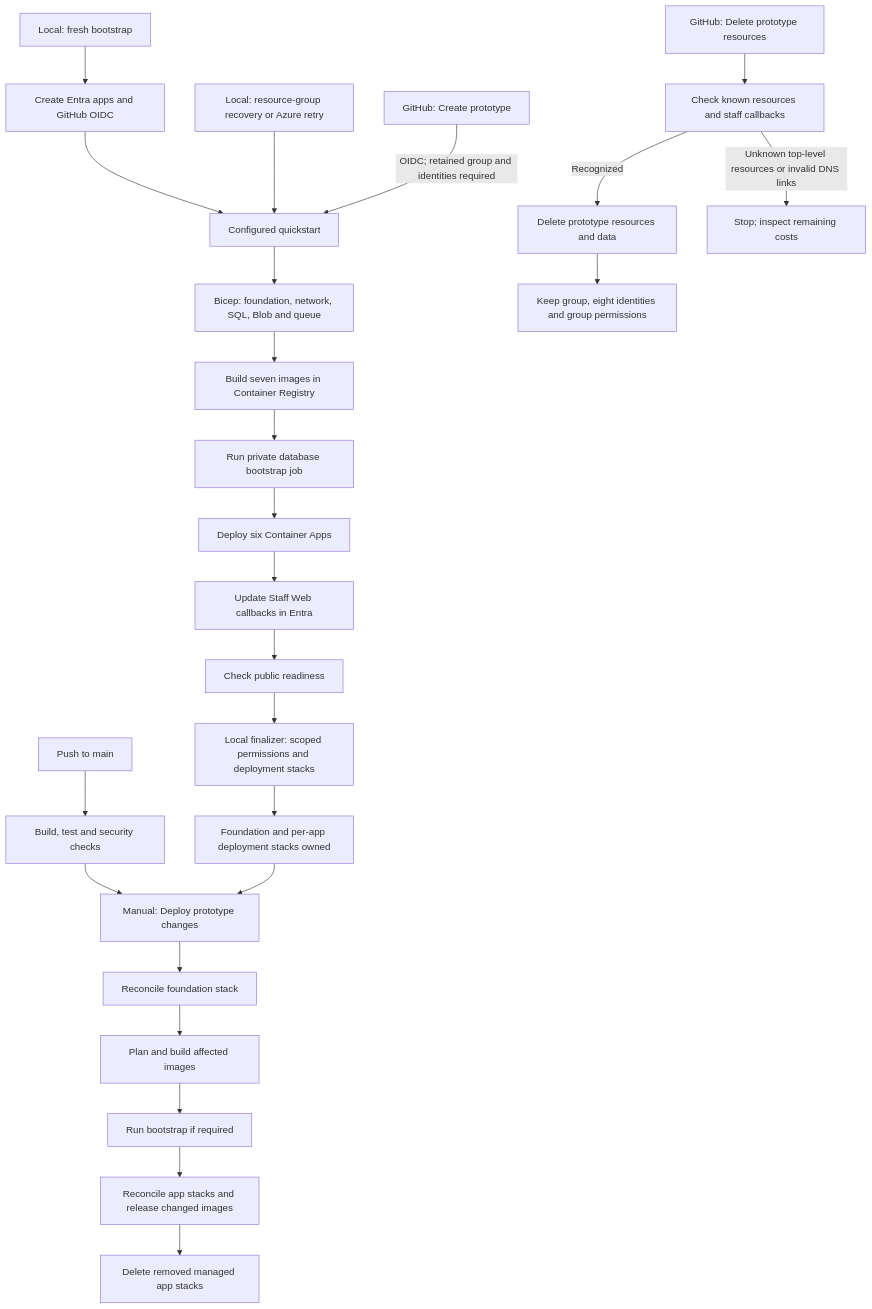
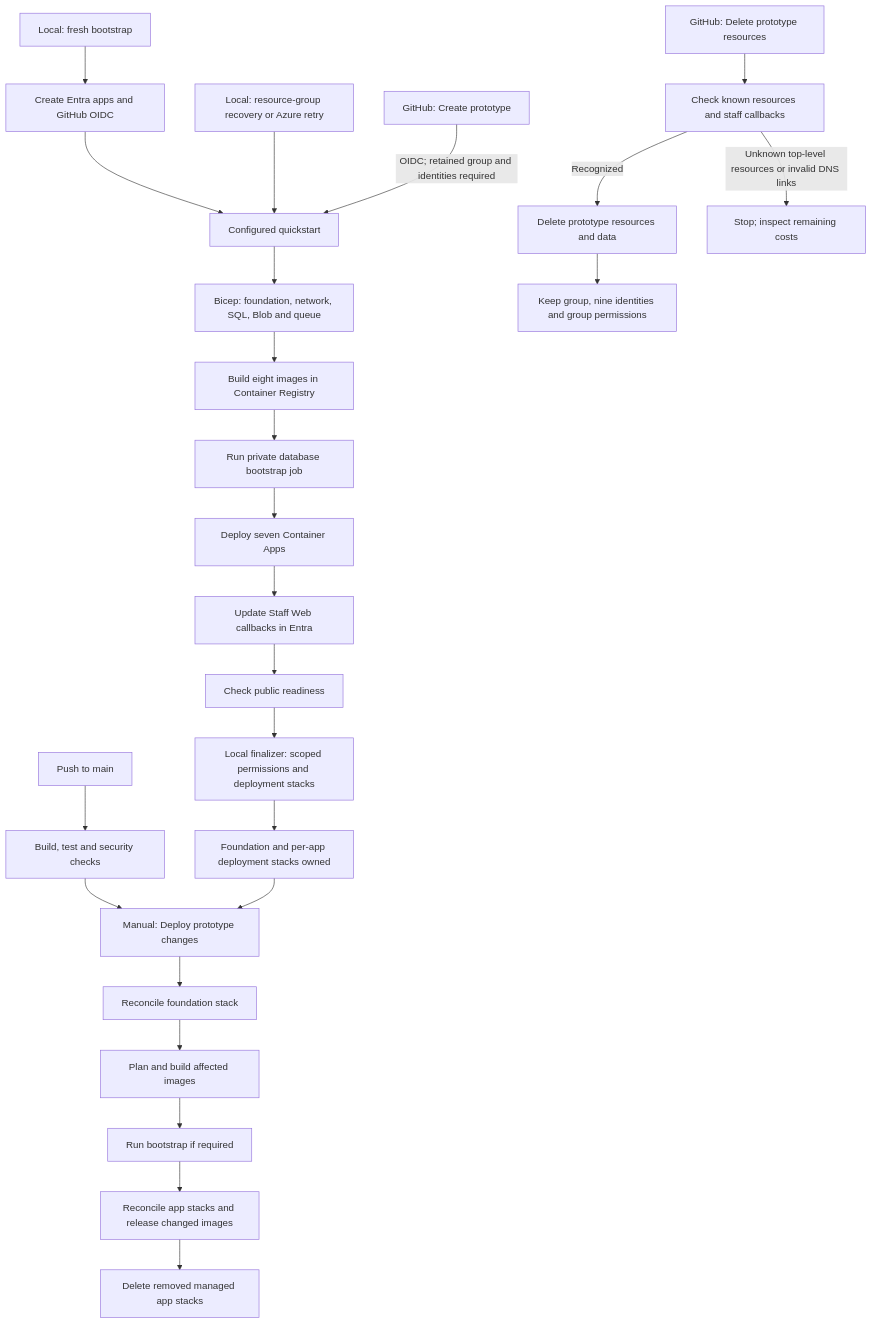
The fourth of 4 diagrams in docs/architecture.md (eyeballpaul/Mortgage-Processing-Application), drawn with Mermaid before and after one commit. The commit also changed other lines of this file and 46 other files, not shown here.

````diff
--- a/docs/architecture.md
+++ b/docs/architecture.md
@@ -252,29 +257,29 @@
 ```mermaid
 flowchart TD
     Fresh[Local: fresh bootstrap] --> EntraGitHub[Create Entra apps and GitHub OIDC]
     EntraGitHub --> Script[Configured quickstart]
     Recovery[Local: resource-group recovery or Azure retry] --> Script
     Create[GitHub: Create prototype] -->|OIDC; retained group and identities required| Script
     Script --> Foundation[Bicep: foundation, network, SQL, Blob and queue]
-    Foundation --> Images[Build seven images in Container Registry]
+    Foundation --> Images[Build eight images in Container Registry]
     Images --> Bootstrap[Run private database bootstrap job]
-    Bootstrap --> Apps[Deploy six Container Apps]
+    Bootstrap --> Apps[Deploy seven Container Apps]
     Apps --> Callbacks[Update Staff Web callbacks in Entra]
     Callbacks --> Ready[Check public readiness]
     Ready --> Finalize[Local finalizer: scoped permissions and deployment stacks]
     Finalize --> Owners[Foundation and per-app deployment stacks owned]
 
     Push[Push to main] --> CI[Build, test and security checks]
     CI --> Deploy[Manual: Deploy prototype changes]
     Owners --> Deploy
     Deploy --> Shared[Reconcile foundation stack]
     Shared --> Builds[Plan and build affected images]
     Builds --> Migrate[Run bootstrap if required]
     Migrate --> Update[Reconcile app stacks and release changed images]
     Update --> Removed[Delete removed managed app stacks]
 
     Delete[GitHub: Delete prototype resources] --> Review[Check known resources and staff callbacks]
     Review -->|Recognized| Remove[Delete prototype resources and data]
     Review -->|Unknown top-level resources or invalid DNS links| Stop[Stop; inspect remaining costs]
-    Remove --> Retain[Keep group, eight identities and group permissions]
+    Remove --> Retain[Keep group, nine identities and group permissions]
 ```
````
